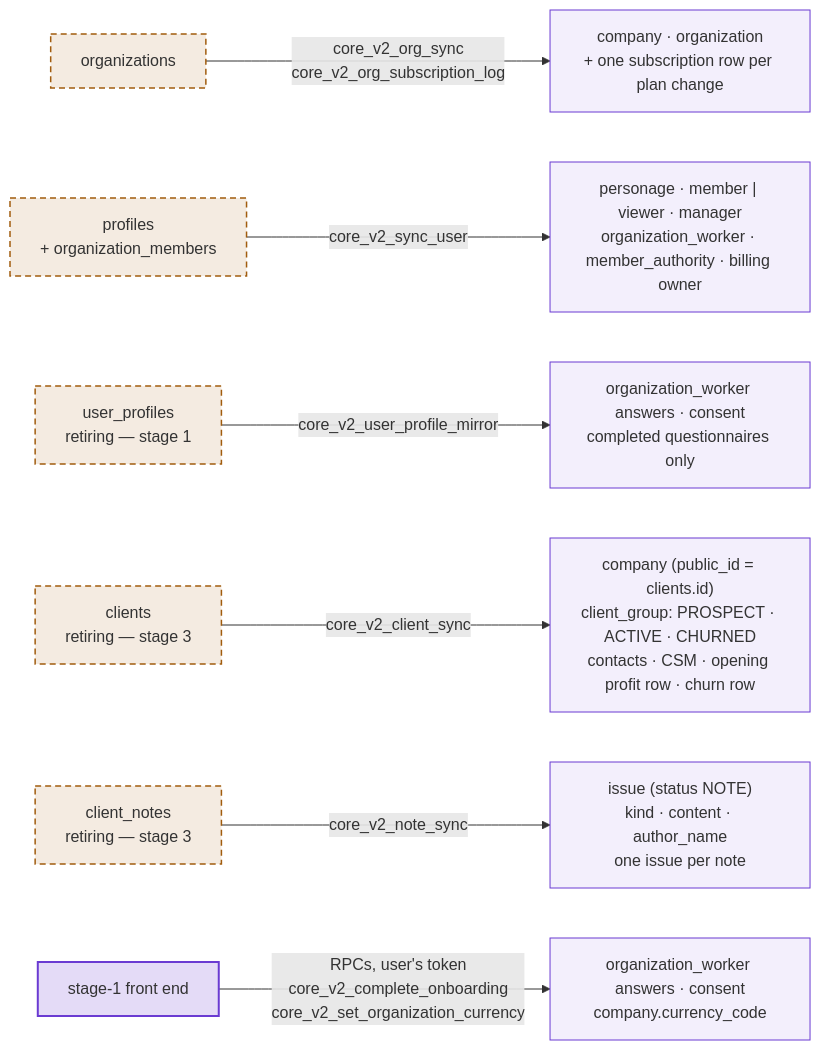
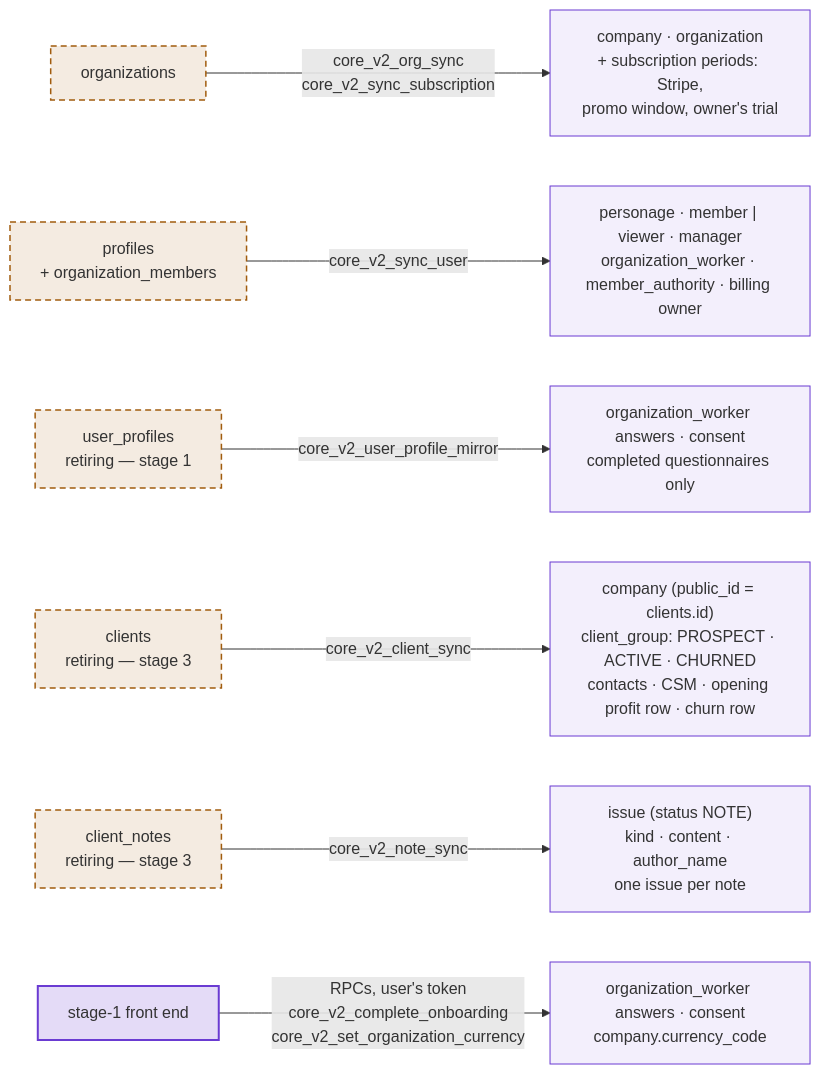
The fifth of 9 diagrams in docs/DATABASE_DIAGRAM_CORE_V2.md (modeun92/scalyo_new), drawn with Mermaid before and after one commit. The commit also changed other lines of this file and 9 other files, not shown here.

First line of the commit message:
docs: seats billed at acceptance, core_v2 subscription periods, PROMO-LINK

````diff
--- a/docs/DATABASE_DIAGRAM_CORE_V2.md
+++ b/docs/DATABASE_DIAGRAM_CORE_V2.md
@@ -268,12 +278,12 @@
 ```mermaid
 flowchart LR
   classDef old fill:#A15C0E1F,stroke:#A15C0E,stroke-width:1.5px,stroke-dasharray:6 4;
   classDef v2 fill:#6A3BD214,stroke:#6A3BD2,stroke-width:1px;
   classDef fe fill:#6A3BD22E,stroke:#6A3BD2,stroke-width:2px;
-  O["organizations"]:::old -- "core_v2_org_sync<br/>core_v2_org_subscription_log" --> O2["company · organization<br/>+ one subscription row per plan change"]:::v2
+  O["organizations"]:::old -- "core_v2_org_sync<br/>core_v2_sync_subscription" --> O2["company · organization<br/>+ subscription periods: Stripe,<br/>promo window, owner's trial"]:::v2
   P["profiles<br/>+ organization_members"]:::old -- "core_v2_sync_user" --> P2["personage · member | viewer · manager<br/>organization_worker · member_authority · billing owner"]:::v2
   U["user_profiles<br/>retiring — stage 1"]:::old -- "core_v2_user_profile_mirror" --> U2["organization_worker answers · consent<br/>completed questionnaires only"]:::v2
   C["clients<br/>retiring — stage 3"]:::old -- "core_v2_client_sync" --> C2["company (public_id = clients.id)<br/>client_group: PROSPECT · ACTIVE · CHURNED<br/>contacts · CSM · opening profit row · churn row"]:::v2
   N["client_notes<br/>retiring — stage 3"]:::old -- "core_v2_note_sync" --> N2["issue (status NOTE)<br/>kind · content · author_name<br/>one issue per note"]:::v2
   F["stage-1 front end"]:::fe -- "RPCs, user's token<br/>core_v2_complete_onboarding<br/>core_v2_set_organization_currency" --> F2["organization_worker answers · consent<br/>company.currency_code"]:::v2
 ```
````
